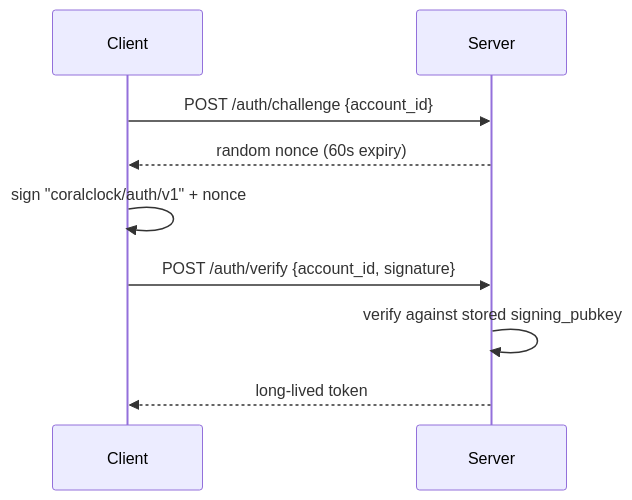
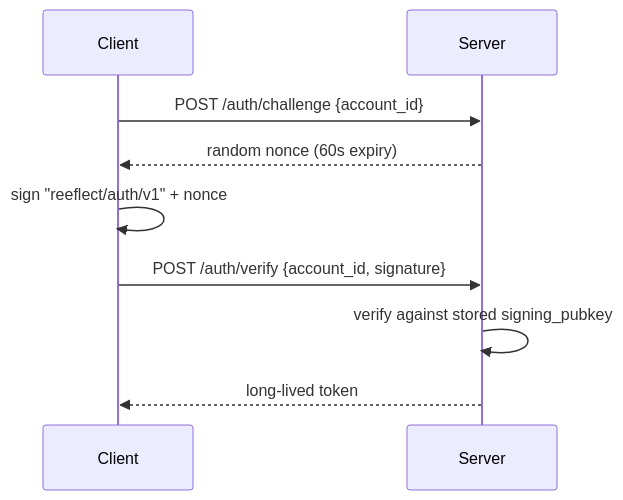
Before and after one commit to Plushly-Interactive/CoralClock: the fourth of 9 diagrams in docs/appendix/cloud-sync-design.md, drawn with Mermaid. The commit also changed 32 other files, not shown here.

````diff
--- a/docs/appendix/cloud-sync-design.md
+++ b/docs/appendix/cloud-sync-design.md
@@ -124,11 +124,11 @@
 ```mermaid
 sequenceDiagram
   participant C as Client
   participant S as Server
   C->>S: POST /auth/challenge {account_id}
   S-->>C: random nonce (60s expiry)
-  C->>C: sign "coralclock/auth/v1" + nonce
+  C->>C: sign "reeflect/auth/v1" + nonce
   C->>S: POST /auth/verify {account_id, signature}
   S->>S: verify against stored signing_pubkey
   S-->>C: long-lived token
 ```
````
